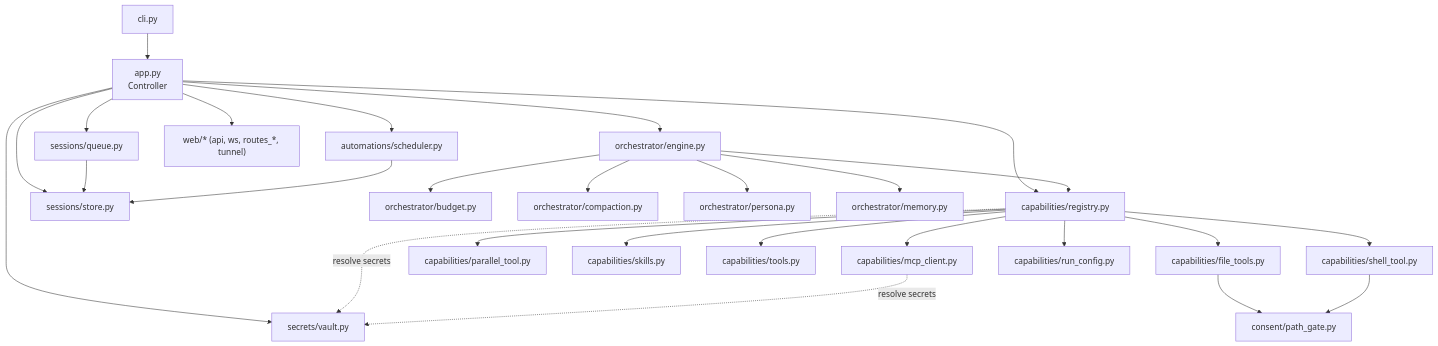
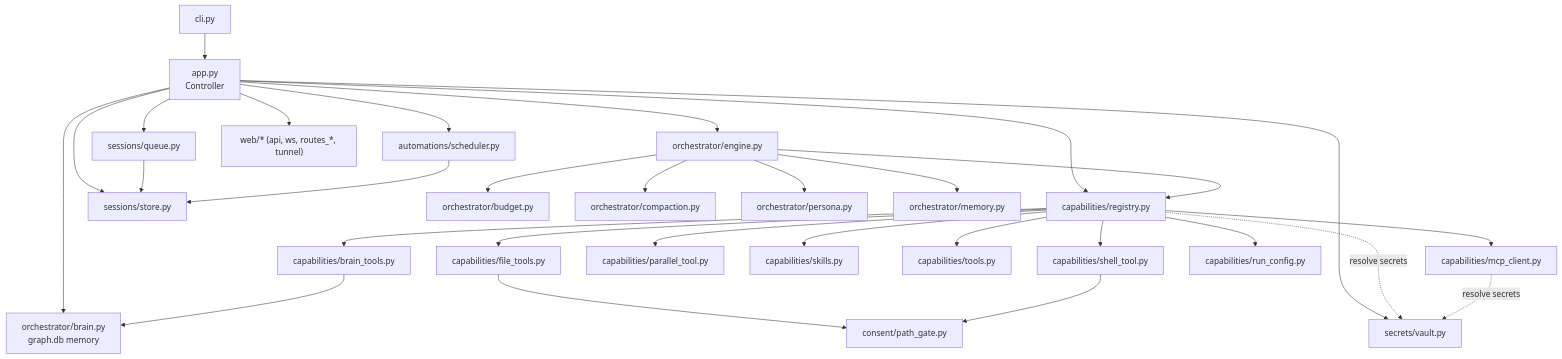
Before and after one commit to Varun-Patkar/LMStudioClaw: the second of 4 diagrams in ARCHITECTURE.md, drawn with Mermaid. The commit also changed other lines of this file and 40 other files, not shown here.

First line of the commit message:
Add web fetch tool, graph brain memory + viewer, audit logs, resilient runs, and UI refinements

````diff
--- a/ARCHITECTURE.md
+++ b/ARCHITECTURE.md
@@ -106,32 +110,35 @@
 ```mermaid
 flowchart TD
     cli["cli.py"] --> app["app.py<br/>Controller"]
     app --> queue["sessions/queue.py"]
     app --> engine["orchestrator/engine.py"]
     app --> registry["capabilities/registry.py"]
     app --> sched["automations/scheduler.py"]
     app --> store["sessions/store.py"]
     app --> vault["secrets/vault.py"]
     app --> web["web/* (api, ws, routes_*, tunnel)"]
 
     engine --> registry
     engine --> budget["orchestrator/budget.py"]
     engine --> compaction["orchestrator/compaction.py"]
     engine --> persona["orchestrator/persona.py"]
     engine --> memory["orchestrator/memory.py"]
+    app --> brain["orchestrator/brain.py<br/>graph.db memory"]
+    registry --> braintools["capabilities/brain_tools.py"]
+    braintools --> brain
 
     registry --> filetools["capabilities/file_tools.py"]
     registry --> shell["capabilities/shell_tool.py"]
     registry --> parallel["capabilities/parallel_tool.py"]
     registry --> skills["capabilities/skills.py"]
     registry --> tools["capabilities/tools.py"]
     registry --> mcp["capabilities/mcp_client.py"]
     registry --> runcfg["capabilities/run_config.py"]
 
     filetools --> gate["consent/path_gate.py"]
     shell --> gate
     registry -. "resolve secrets" .-> vault
     mcp -. "resolve secrets" .-> vault
     queue --> store
     sched --> store
 ```
````
